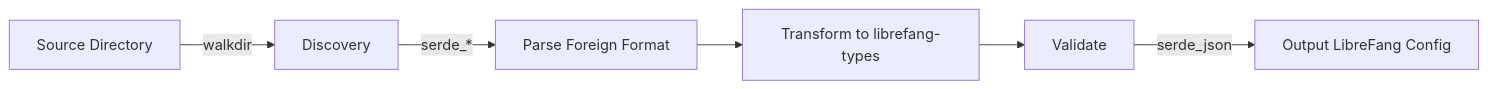
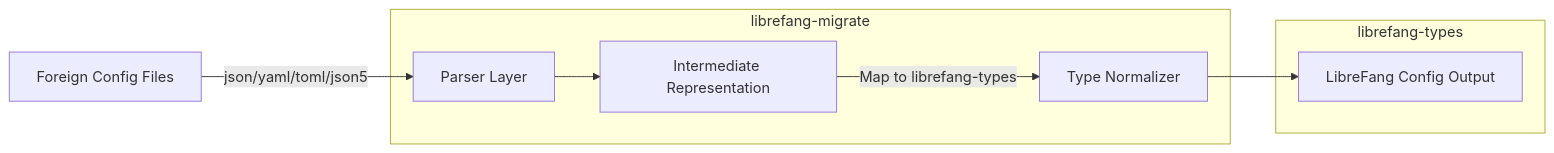
One commit to leszek3737/librefang-WIki changed the diagram in other-librefang-migrate.md. Above: the diagram before and after it, drawn with Mermaid. The commit also changed other lines of this file and 98 other files, not shown here.

````diff
--- a/other-librefang-migrate.md
+++ b/other-librefang-migrate.md
@@ -26,8 +35,17 @@
 ```mermaid
-graph LR
-    A[Source Directory] -->|walkdir| B[Discovery]
-    B -->|serde_*| C[Parse Foreign Format]
-    C --> D[Transform to librefang-types]
-    D --> E[Validate]
-    E -->|serde_json| F[Output LibreFang Config]
+flowchart LR
+    A[Foreign Config Files] -->|json/yaml/toml/json5| B[Parser Layer]
+    B --> C[Intermediate Representation]
+    C -->|Map to librefang-types| D[Type Normalizer]
+    D --> E[LibreFang Config Output]
+
+    subgraph librefang-migrate
+        B
+        C
+        D
+    end
+
+    subgraph librefang-types
+        E
+    end
 ```
````
